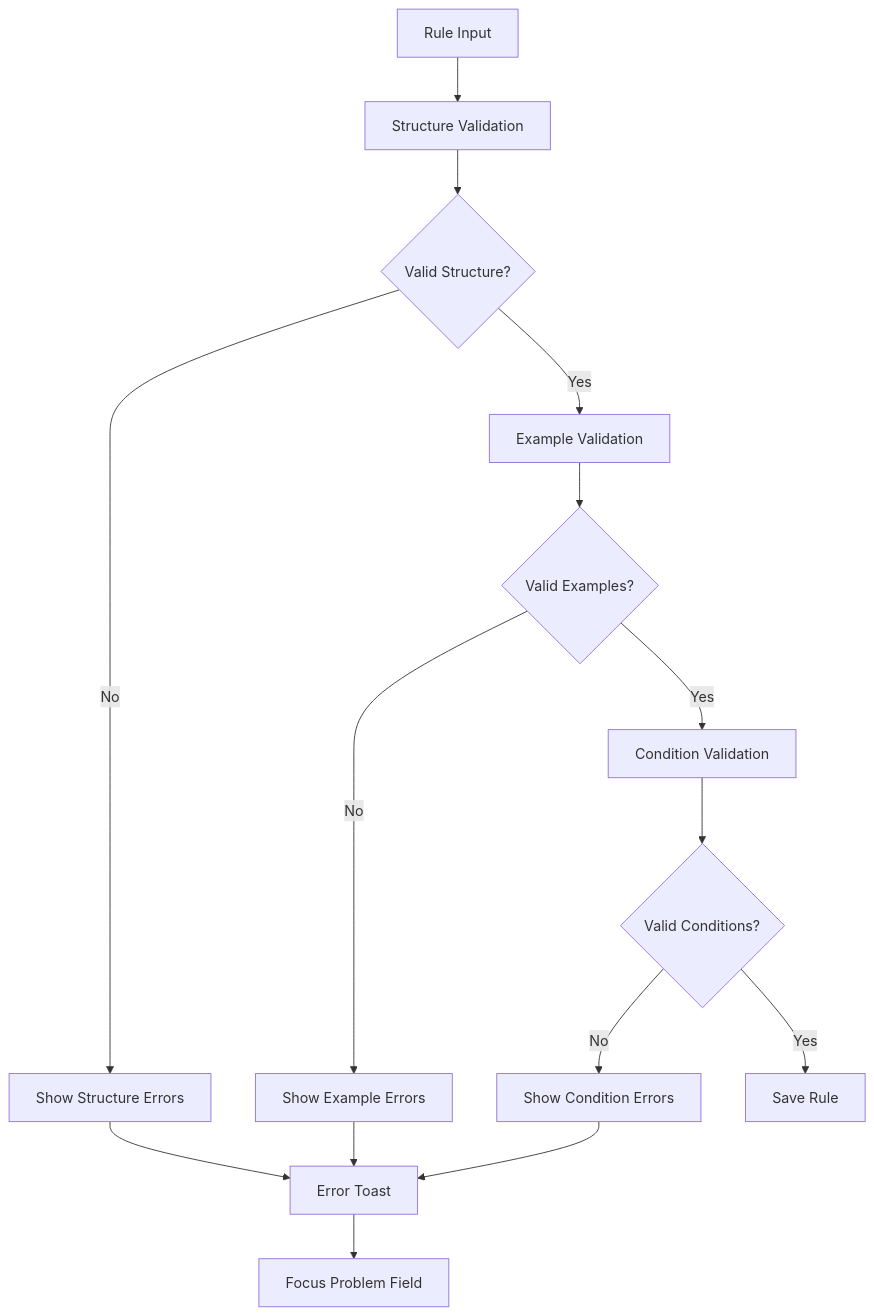
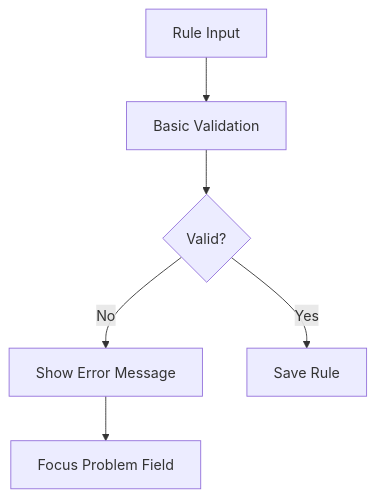
Before and after one commit to Explosion-Scratch/whisper-mac: the eighth of 14 diagrams in .qoder/quests/rules-editor.md, drawn with Mermaid. The commit also changed other lines of this file and 3 other files, not shown here.

````diff
--- a/.qoder/quests/rules-editor.md
+++ b/.qoder/quests/rules-editor.md
@@ -284,18 +259,9 @@
 ```mermaid
 graph TD
-    A[Rule Input] --> B[Structure Validation]
-    B --> C{Valid Structure?}
-    C -->|No| D[Show Structure Errors]
-    C -->|Yes| E[Example Validation]
-    E --> F{Valid Examples?}
-    F -->|No| G[Show Example Errors]
-    F -->|Yes| H[Condition Validation]
-    H --> I{Valid Conditions?}
-    I -->|No| J[Show Condition Errors]
-    I -->|Yes| K[Save Rule]
-    
-    D --> L[Error Toast]
-    G --> L
-    J --> L
-    L --> M[Focus Problem Field]
+    A[Rule Input] --> B[Basic Validation]
+    B --> C{Valid?}
+    C -->|No| D[Show Error Message]
+    C -->|Yes| E[Save Rule]
+
+    D --> F[Focus Problem Field]
 ```
````
